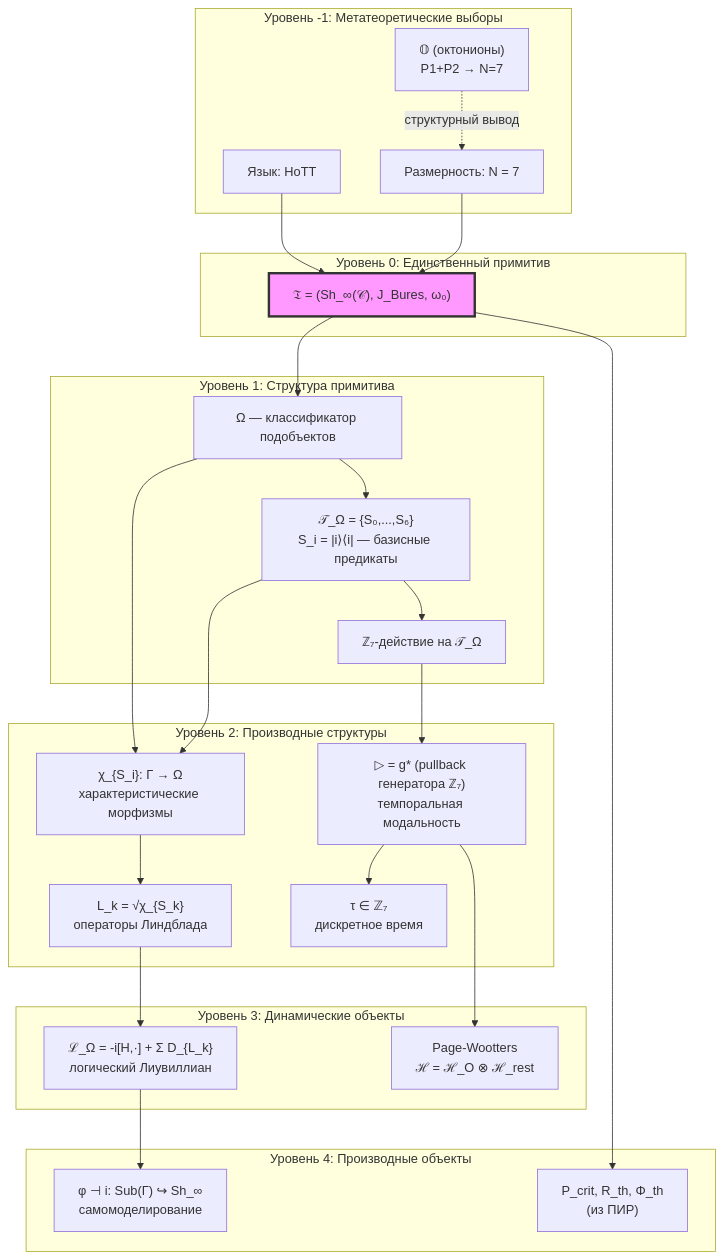
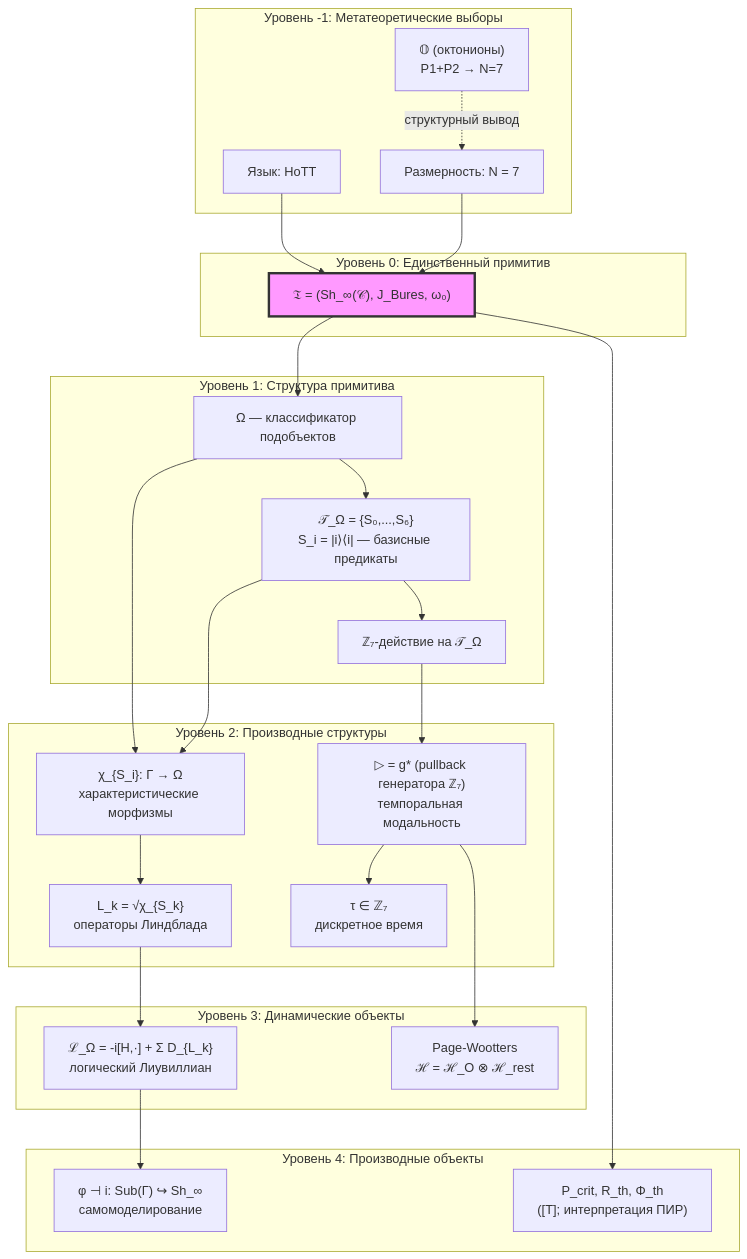
The first of 2 diagrams in website/docs/core/foundations/axiom-omega.md (uhm-theory/holon), drawn with Mermaid before and after one commit. The commit also changed other lines of this file and 26 other files, not shown here.

````diff
--- a/website/docs/core/foundations/axiom-omega.md
+++ b/website/docs/core/foundations/axiom-omega.md
@@ -675,53 +687,53 @@
 ```mermaid
 graph TD
     subgraph "Уровень -1: Метатеоретические выборы"
         Lang["Язык: HoTT"]
         Dim["Размерность: N = 7"]
         Oct["𝕆 (октонионы)<br/>P1+P2 → N=7"]
     end
 
     subgraph "Уровень 0: Единственный примитив"
         Primitive["𝔗 = (Sh_∞(𝒞), J_Bures, ω₀)"]
     end
 
     subgraph "Уровень 1: Структура примитива"
         Omega["Ω — классификатор подобъектов"]
         Atoms["𝒯_Ω = {S₀,...,S₆}<br/>S_i = |i⟩⟨i| — базисные предикаты"]
         Z7["ℤ₇-действие на 𝒯_Ω"]
     end
 
     subgraph "Уровень 2: Производные структуры"
         Chi["χ_{S_i}: Γ → Ω<br/>характеристические морфизмы"]
         Lk["L_k = √χ_{S_k}<br/>операторы Линдблада"]
         Modal["▷ = g* (pullback генератора ℤ₇)<br/>темпоральная модальность"]
         Tau["τ ∈ ℤ₇<br/>дискретное время"]
     end
 
     subgraph "Уровень 3: Динамические объекты"
         LOmega["ℒ_Ω = -i[H,·] + Σ D_{L_k}<br/>логический Лиувиллиан"]
         PW["Page-Wootters<br/>ℋ = ℋ_O ⊗ ℋ_rest"]
     end
 
     subgraph "Уровень 4: Производные объекты"
         Phi["φ ⊣ i: Sub(Γ) ↪ Sh_∞<br/>самомоделирование"]
-        Thresholds["P_crit, R_th, Φ_th<br/>(из ПИР)"]
+        Thresholds["P_crit, R_th, Φ_th<br/>([Т]; интерпретация ПИР)"]
     end
 
     Lang --> Primitive
     Dim --> Primitive
     Oct -.->|"структурный вывод"| Dim
     Primitive --> Omega
     Omega --> Atoms
     Atoms --> Z7
     Omega --> Chi
     Atoms --> Chi
     Z7 --> Modal
     Chi --> Lk
     Modal --> Tau
     Lk --> LOmega
     Modal --> PW
     LOmega --> Phi
     Primitive --> Thresholds
 
     style Primitive fill:#f9f,stroke:#333,stroke-width:3px
 ```
````
